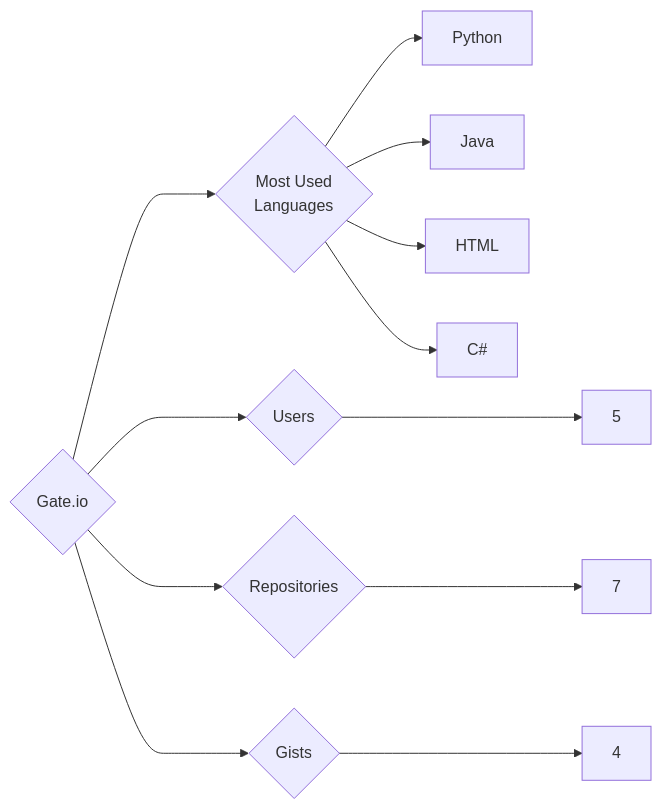
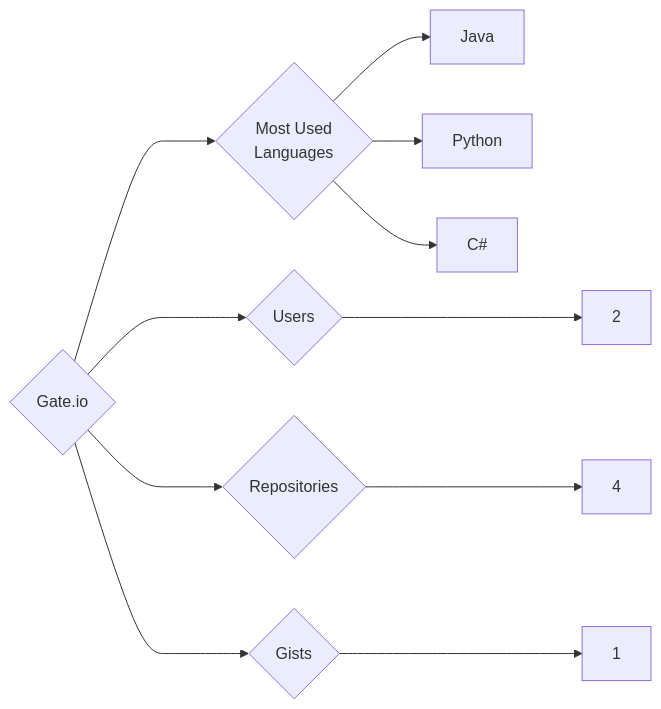
The diagram in targets/Gate.io/README.md (trickest/insiders), drawn with Mermaid before and after one commit. The commit also changed 1167 other files, not shown here.

````diff
--- a/targets/Gate.io/README.md
+++ b/targets/Gate.io/README.md
@@ -3,12 +3,11 @@
 ```mermaid
 graph LR
 COMPANY_NAME{Gate.io}
-COMPANY_NAME ---> U{Users} ---> UN[5]
-COMPANY_NAME ---> R{Repositories} ---> RN[7]
-COMPANY_NAME ---> G{Gists} ---> GN[4]
+COMPANY_NAME ---> U{Users} ---> UN[2]
+COMPANY_NAME ---> R{Repositories} ---> RN[4]
+COMPANY_NAME ---> G{Gists} ---> GN[1]
 COMPANY_NAME ---> ML{Most Used<br>Languages}
+ML --> Java[Java]
 ML --> Python[Python]
-ML --> Java[Java]
-ML --> HTML[HTML]
 ML --> C#[C#]
 ```
````
